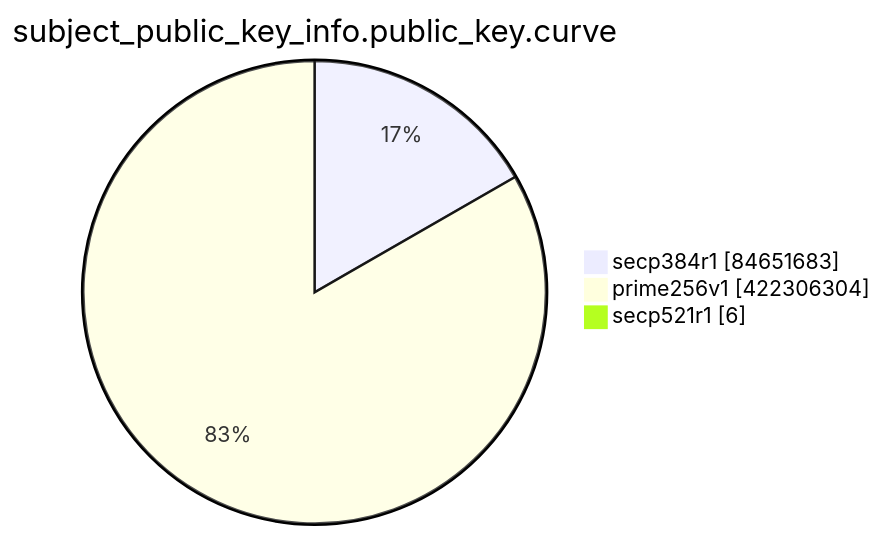
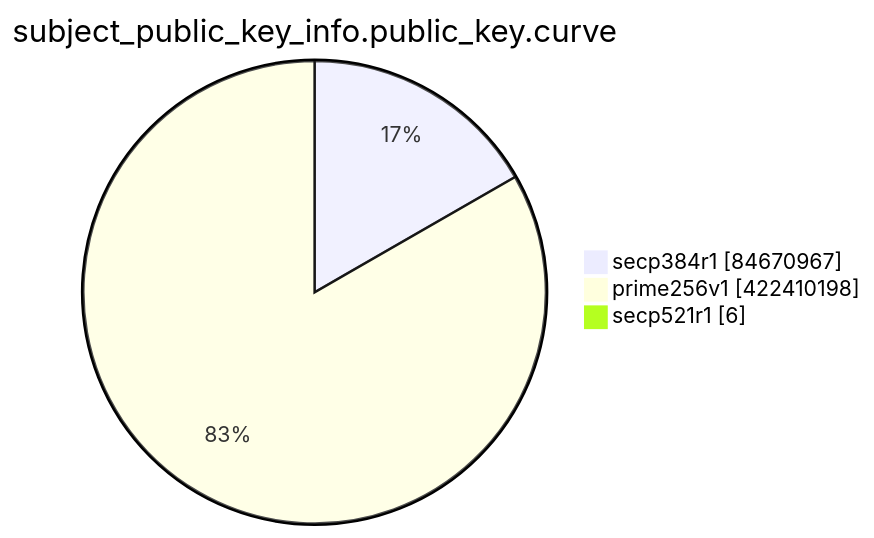
Before and after one commit to christiankrug/ctmonitor_visualization: the eighth of 15 diagrams in TOTAL/README.md, drawn with Mermaid. The commit also changed other lines of this file, not shown here.

````diff
--- a/TOTAL/README.md
+++ b/TOTAL/README.md
@@ -3099,7 +3099,7 @@
 ```mermaid
 pie showData
 title subject_public_key_info.public_key.curve
-"secp384r1" :84651683
-"prime256v1" :422306304
+"secp384r1" :84670967
+"prime256v1" :422410198
 "secp521r1" :6
 ```
````
